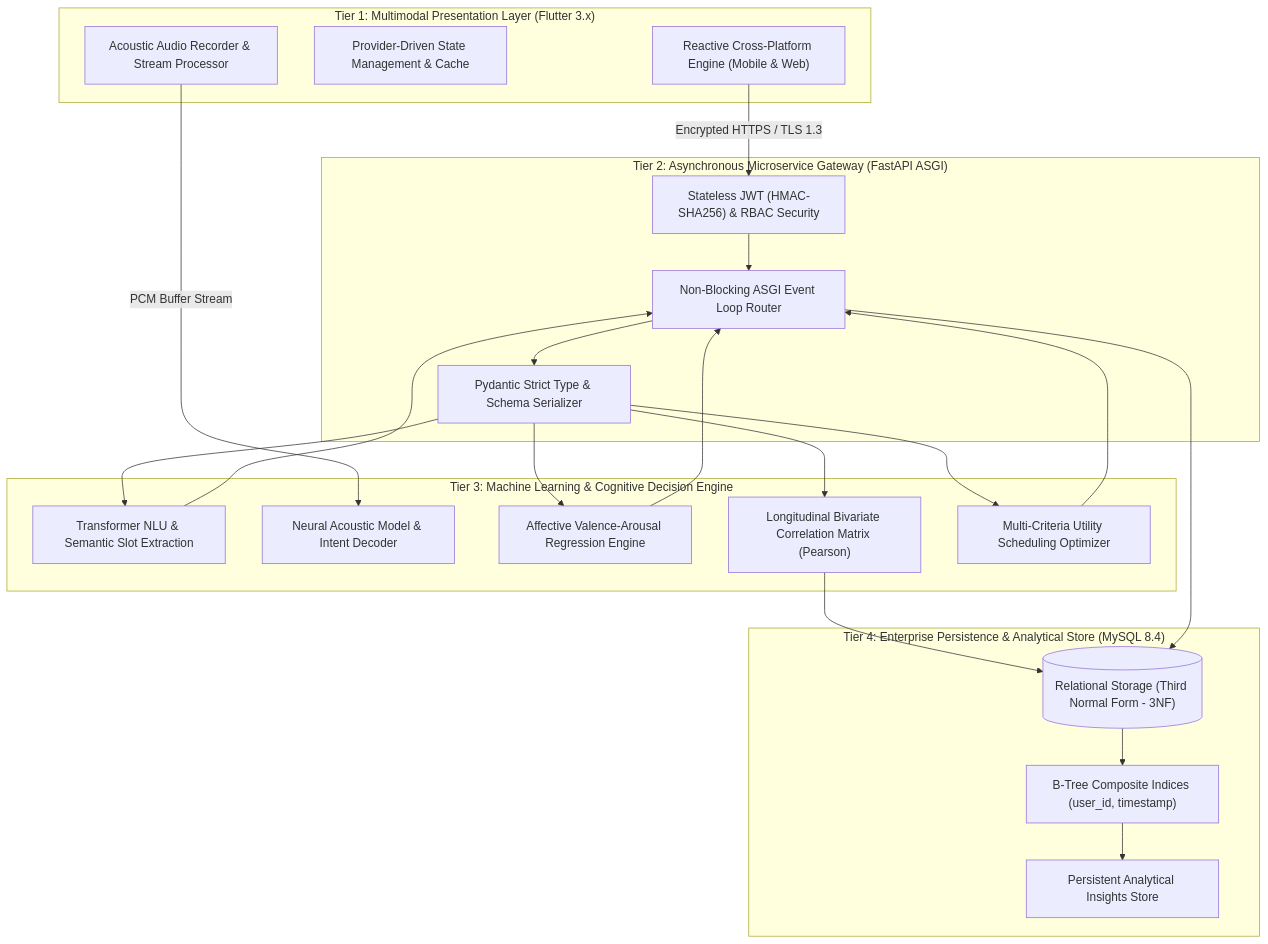
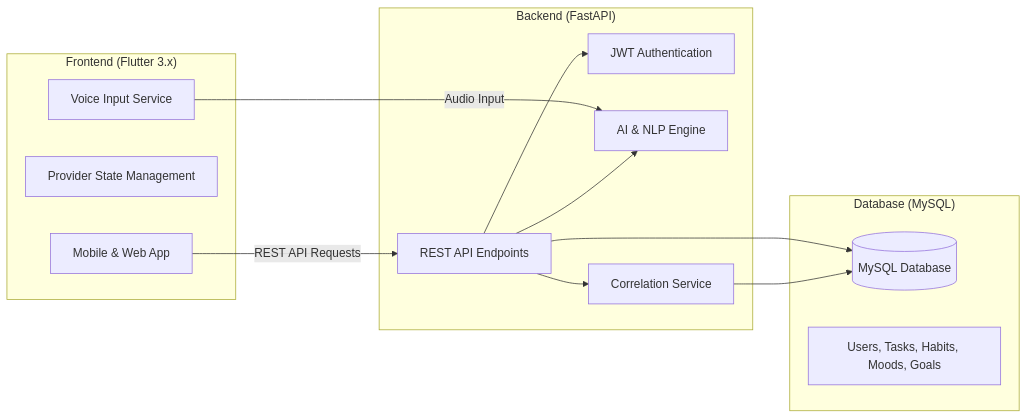
Before and after one commit to mani828282/AI-Powered-Daily-Planner-and-Habit-Tracker: the diagram in README.md, drawn with Mermaid. The commit also changed other lines of this file and 1 other file, not shown here.

````diff
--- a/README.md
+++ b/README.md
@@ -35,44 +113,28 @@
 ```mermaid
-flowchart TB
-    subgraph Tier1 ["Tier 1: Multimodal Presentation Layer (Flutter 3.x)"]
-        UI["Reactive Cross-Platform Engine (Mobile & Web)"]
-        STATE["Provider-Driven State Management & Cache"]
-        AUDIO_IN["Acoustic Audio Recorder & Stream Processor"]
+flowchart LR
+    subgraph Frontend ["Frontend (Flutter 3.x)"]
+        UI["Mobile & Web App"]
+        STATE["Provider State Management"]
+        AUDIO["Voice Input Service"]
     end
 
-    subgraph Tier2 ["Tier 2: Asynchronous Microservice Gateway (FastAPI ASGI)"]
-        AUTH_GATE["Stateless JWT (HMAC-SHA256) & RBAC Security"]
-        DISPATCH["Non-Blocking ASGI Event Loop Router"]
-        VALIDATOR["Pydantic Strict Type & Schema Serializer"]
+    subgraph Backend ["Backend (FastAPI)"]
+        API["REST API Endpoints"]
+        AUTH["JWT Authentication"]
+        AI_SVC["AI & NLP Engine"]
+        CORR_SVC["Correlation Service"]
     end
 
-    subgraph Tier3 ["Tier 3: Machine Learning & Cognitive Decision Engine"]
-        NLP_ENG["Transformer NLU & Semantic Slot Extraction"]
-        SPEECH_ENG["Neural Acoustic Model & Intent Decoder"]
-        AFFECT_ENG["Affective Valence-Arousal Regression Engine"]
-        CORR_ENG["Longitudinal Bivariate Correlation Matrix (Pearson)"]
-        SCHED_ENG["Multi-Criteria Utility Scheduling Optimizer"]
+    subgraph Database ["Database (MySQL)"]
+        DB[("MySQL Database")]
+        TABLES["Users, Tasks, Habits, Moods, Goals"]
     end
 
-    subgraph Tier4 ["Tier 4: Enterprise Persistence & Analytical Store (MySQL 8.4)"]
-        ACID_DB[("Relational Storage (Third Normal Form - 3NF)")]
-        COMP_IDX["B-Tree Composite Indices (user_id, timestamp)"]
-        CACHE_LAYER["Persistent Analytical Insights Store"]
-    end
-
-    AUDIO_IN -->|PCM Buffer Stream| SPEECH_ENG
-    UI -->|Encrypted HTTPS / TLS 1.3| AUTH_GATE
-    AUTH_GATE --> DISPATCH
-    DISPATCH --> VALIDATOR
-    VALIDATOR --> NLP_ENG
-    VALIDATOR --> AFFECT_ENG
-    VALIDATOR --> SCHED_ENG
-    VALIDATOR --> CORR_ENG
-    NLP_ENG --> DISPATCH
-    AFFECT_ENG --> DISPATCH
-    SCHED_ENG --> DISPATCH
-    CORR_ENG --> ACID_DB
-    DISPATCH --> ACID_DB
-    ACID_DB --> COMP_IDX
-    COMP_IDX --> CACHE_LAYER
+    UI -->|REST API Requests| API
+    AUDIO -->|Audio Input| AI_SVC
+    API --> AUTH
+    API --> AI_SVC
+    API --> CORR_SVC
+    API --> DB
+    CORR_SVC --> DB
 ```
````
